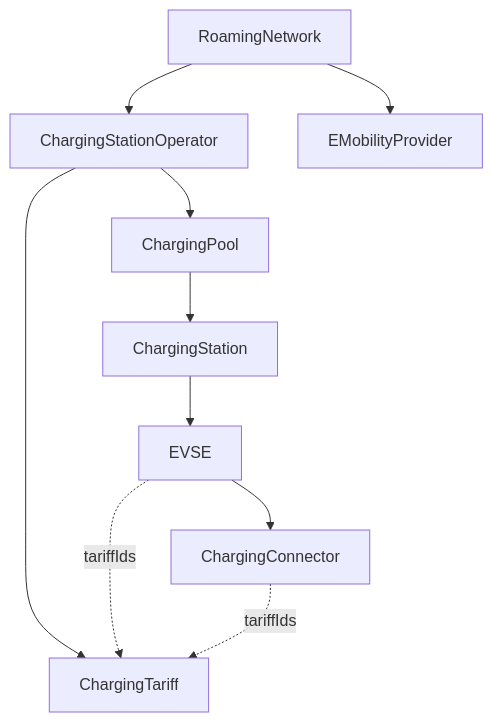
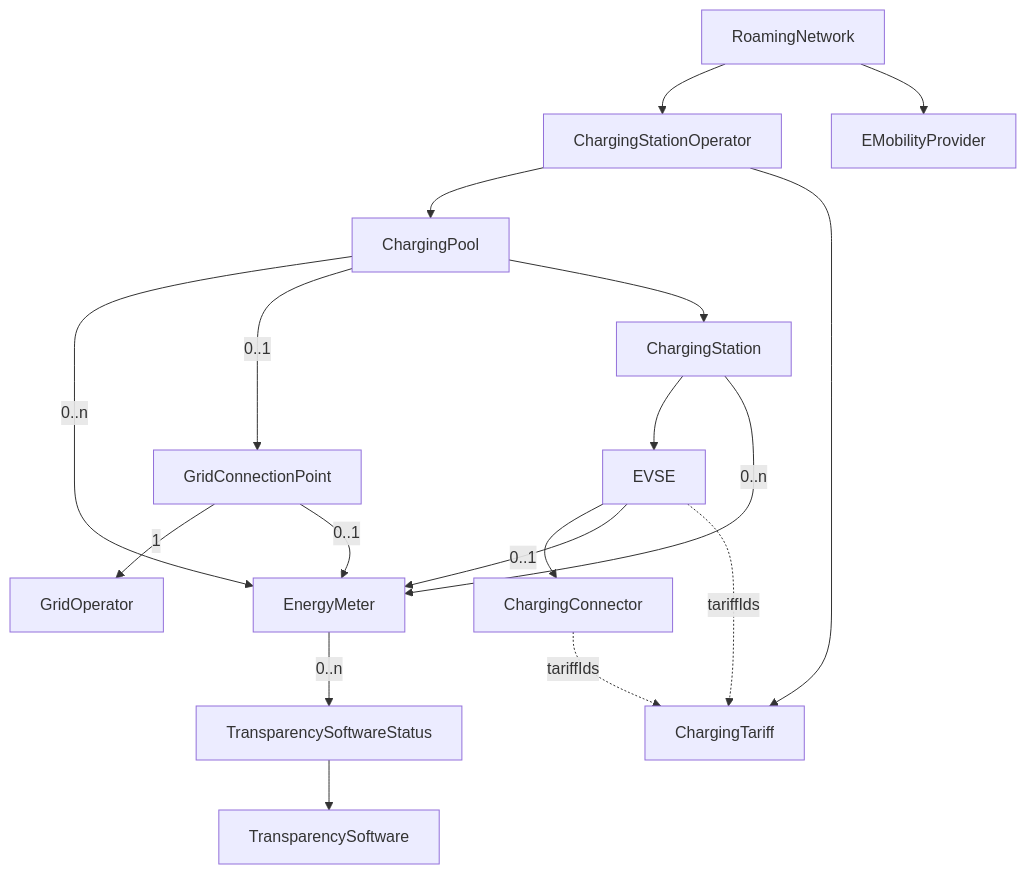
Before and after one commit to OpenChargingCloud/WWCP_POI: the diagram in README.md, drawn with Mermaid. The commit also changed other lines of this file and 126 other files, not shown here.

````diff
--- a/README.md
+++ b/README.md
@@ -27,12 +32,20 @@
 ```mermaid
 flowchart TD
     RN[RoamingNetwork] --> CSO[ChargingStationOperator]
     RN --> EMP[EMobilityProvider]
     CSO --> Pool[ChargingPool]
+    Pool -->|0..n| Meter[EnergyMeter]
+    Pool -->|0..1| GCP[GridConnectionPoint]
+    GCP -->|1| GO[GridOperator]
+    GCP -->|0..1| Meter
     Pool --> Station[ChargingStation]
     Station --> EVSE
+    Station -->|0..n| Meter[EnergyMeter]
     EVSE --> Connector[ChargingConnector]
+    EVSE -->|0..1| Meter[EnergyMeter]
+    Meter -->|0..n| SoftwareStatus[TransparencySoftwareStatus]
+    SoftwareStatus --> Software[TransparencySoftware]
     CSO --> Tariff[ChargingTariff]
     EVSE -. tariffIds .-> Tariff
     Connector -. tariffIds .-> Tariff
 ```
````
